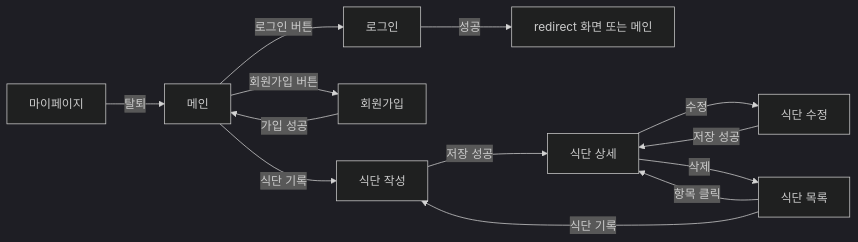
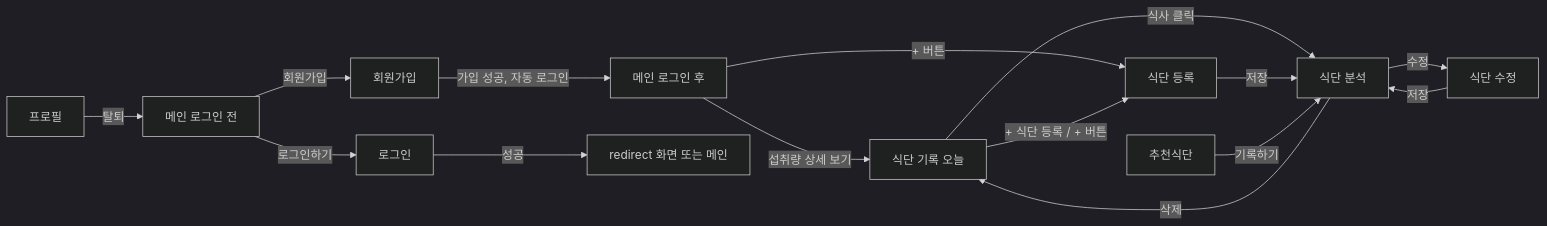
The diagram in docs/화면설계.md (SarahBang0/yamyam_coach_front), drawn with Mermaid (dark theme) before and after one commit. The commit also changed other lines of this file, not shown here.

````diff
--- a/docs/화면설계.md
+++ b/docs/화면설계.md
@@ -27,15 +27,17 @@
 ```mermaid
 flowchart LR
-  main[메인] -->|로그인 버튼| login[로그인]
-  main -->|회원가입 버튼| signup[회원가입]
-  signup -->|가입 성공| main
+  guest[메인 로그인 전] -->|로그인하기| login[로그인]
+  guest -->|회원가입| signup[회원가입]
+  signup -->|가입 성공, 자동 로그인| home[메인 로그인 후]
   login -->|성공| back[redirect 화면 또는 메인]
-  main -->|식단 기록| form[식단 작성]
-  list[식단 목록] -->|항목 클릭| detail[식단 상세]
-  list -->|식단 기록| form
-  form -->|저장 성공| detail
-  detail -->|수정| editform[식단 수정]
-  editform -->|저장 성공| detail
+  home -->|섭취량 상세 보기| list[식단 기록 오늘]
+  home -->|+ 버튼| form[식단 등록]
+  list -->|+ 식단 등록 / + 버튼| form
+  list -->|식사 클릭| detail[식단 분석]
+  form -->|저장| detail
+  detail -->|수정| edit[식단 수정]
+  edit -->|저장| detail
   detail -->|삭제| list
-  mypage[마이페이지] -->|탈퇴| main
+  rec[추천식단] -->|기록하기| detail
+  mypage[프로필] -->|탈퇴| guest
 ```
````
